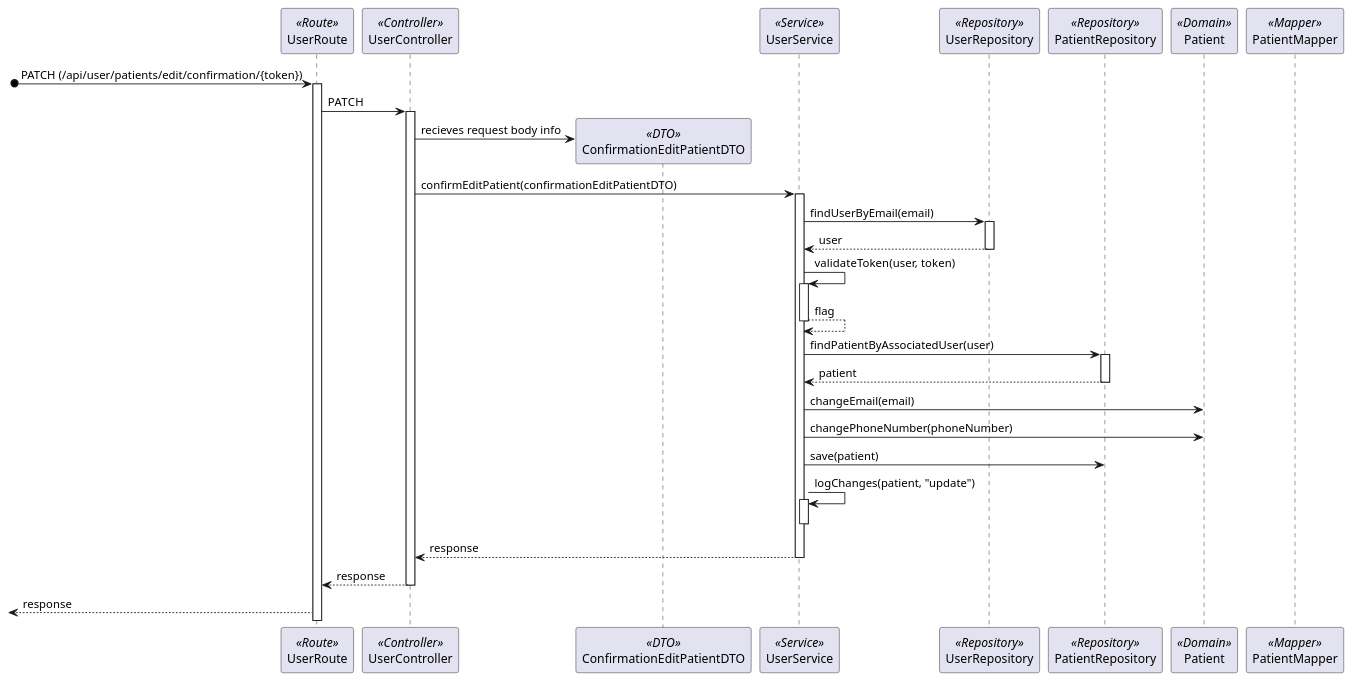
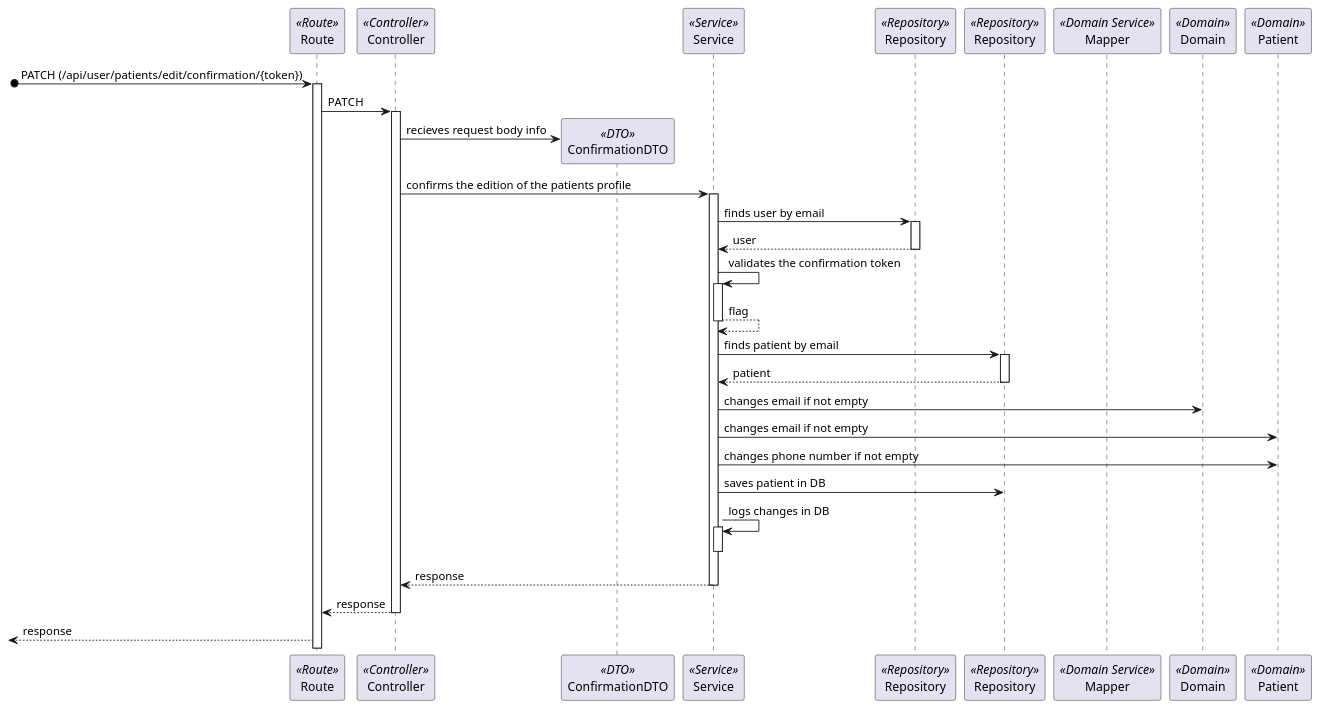
Before and after one commit to Rodrick0209/ISEP-SEM5PI-24-25: the diagram in docs/Sprint_1/US_5.1.4/L3/Process_View_Posterior_Confirmation.puml, drawn with PlantUML. The commit also changed 19 other files, not shown here.

Commit message:
All Designs From Patient and User modified from the level 3 view #4 #5 #6 #9 #10 #11 #12

```diff
--- a/docs/Sprint_1/US_5.1.4/L3/Process_View_Posterior_Confirmation.puml
+++ b/docs/Sprint_1/US_5.1.4/L3/Process_View_Posterior_Confirmation.puml
@@ -2,35 +2,37 @@
 @startuml Process_View_Posterior_Confirmation
-participant UserRoute as Route <<Route>>
-participant UserController as Controller <<Controller>>
-participant ConfirmationEditPatientDTO as ConfirmationDTO <<DTO>>
-participant UserService as Service <<Service>>
-participant UserRepository as Repository <<Repository>>
-participant PatientRepository as PatientRepository <<Repository>> 
+participant Route as Route <<Route>>
+participant Controller as Controller <<Controller>>
+participant ConfirmationDTO as ConfirmationDTO <<DTO>>
+participant Service as Service <<Service>>
+participant Repository as Repository <<Repository>>
+participant Repository as PatientRepository <<Repository>>
+participant Mapper as Mapper <<Domain Service>> 
+participant Domain as Domain <<Domain>>
 participant Patient as Patient <<Domain>>
-participant PatientMapper as Mapper <<Mapper>>
 [o-> Route : PATCH (/api/user/patients/edit/confirmation/{token})
 activate Route
 Route -> Controller : PATCH
 activate Controller
 Controller -> ConfirmationDTO** : recieves request body info
-Controller -> Service : confirmEditPatient(confirmationEditPatientDTO)
+Controller -> Service : confirms the edition of the patients profile
 activate Service
-Service -> Repository : findUserByEmail(email)
+Service -> Repository : finds user by email
 activate Repository
 return user
-Service -> Service : validateToken(user, token)
+Service -> Service : validates the confirmation token
 activate Service
 return flag
-Service -> PatientRepository : findPatientByAssociatedUser(user)
+Service -> PatientRepository : finds patient by email
 activate PatientRepository
 return patient
-Service -> Patient : changeEmail(email)
-Service -> Patient : changePhoneNumber(phoneNumber)
-Service -> PatientRepository : save(patient)
-Service -> Service : logChanges(patient, "update")
+Service -> Domain : changes email if not empty
+Service -> Patient : changes email if not empty
+Service -> Patient : changes phone number if not empty
+Service -> PatientRepository : saves patient in DB
+Service -> Service : logs changes in DB
 activate Service
 deactivate Service
 return response
 return response
 <-- Route : response
 @enduml
```
